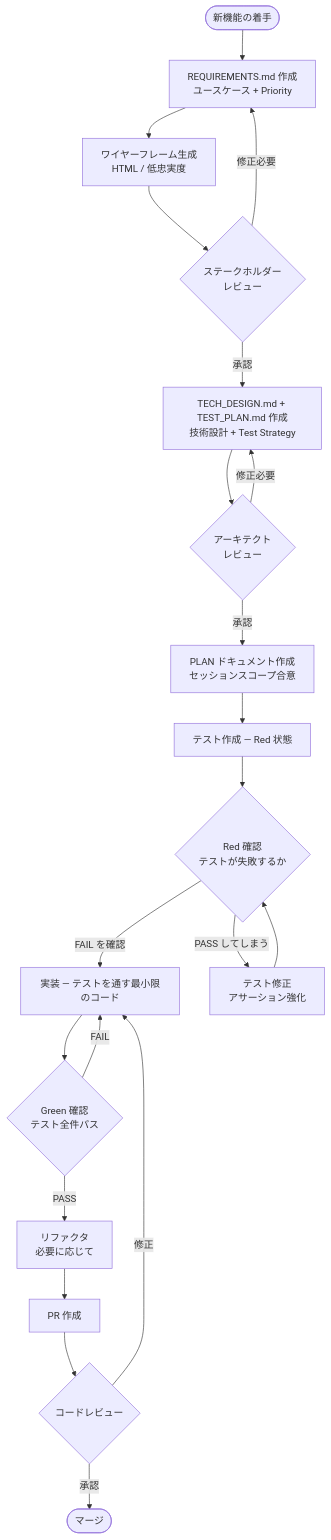
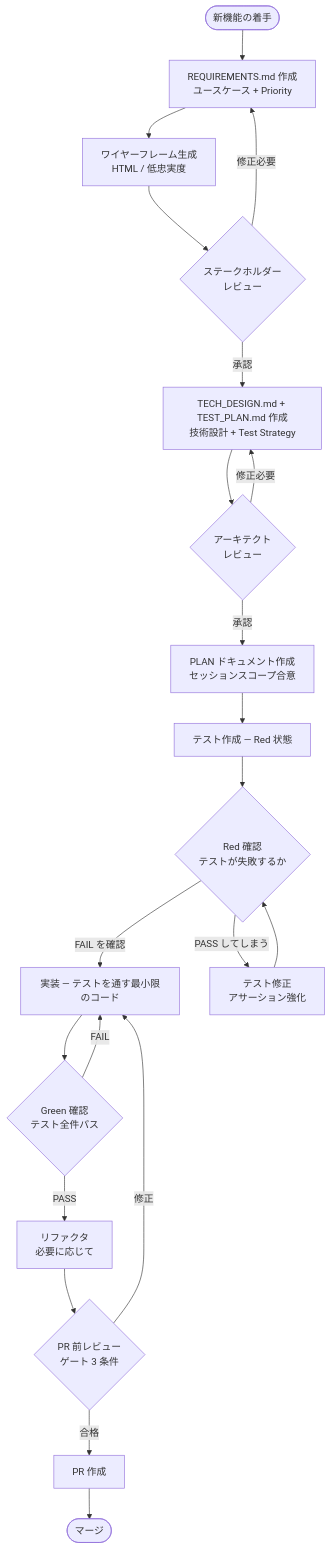
One commit to careerchain-ys/stdd changed the second of 5 diagrams in packages/core/docs/stdd-methodology.md. Above: the diagram before and after it, drawn with Mermaid. The commit also changed other lines of this file and 61 other files, not shown here.

````diff
--- a/packages/core/docs/stdd-methodology.md
+++ b/packages/core/docs/stdd-methodology.md
@@ -153,39 +153,39 @@
 ```mermaid
 flowchart TD
     Start([新機能の着手])
     Req[REQUIREMENTS.md 作成<br/>ユースケース + Priority]
     WF[ワイヤーフレーム生成<br/>HTML / 低忠実度]
     StakeholderReview{ステークホルダー<br/>レビュー}
     Tech[TECH_DESIGN.md + TEST_PLAN.md 作成<br/>技術設計 + Test Strategy]
     ArchReview{アーキテクト<br/>レビュー}
     Plan[PLAN ドキュメント作成<br/>セッションスコープ合意]
     Red[テスト作成 — Red 状態]
     RedCheck{Red 確認<br/>テストが失敗するか}
     Green[実装 — テストを通す最小限のコード]
     GreenCheck{Green 確認<br/>テスト全件パス}
     Refactor["リファクタ<br/>必要に応じて"]
+    CodeReview{PR 前レビュー<br/>ゲート 3 条件}
     PR[PR 作成]
-    CodeReview{コードレビュー}
     Merge([マージ])
 
     Start --> Req
     Req --> WF
     WF --> StakeholderReview
     StakeholderReview -- 修正必要 --> Req
     StakeholderReview -- 承認 --> Tech
     Tech --> ArchReview
     ArchReview -- 修正必要 --> Tech
     ArchReview -- 承認 --> Plan
     Plan --> Red
     Red --> RedCheck
     RedCheck -- PASS してしまう --> RedFix[テスト修正<br/>アサーション強化]
     RedFix --> RedCheck
     RedCheck -- FAIL を確認 --> Green
     Green --> GreenCheck
     GreenCheck -- FAIL --> Green
     GreenCheck -- PASS --> Refactor
-    Refactor --> PR
-    PR --> CodeReview
+    Refactor --> CodeReview
     CodeReview -- 修正 --> Green
-    CodeReview -- 承認 --> Merge
+    CodeReview -- 合格 --> PR
+    PR --> Merge
 ```
````
